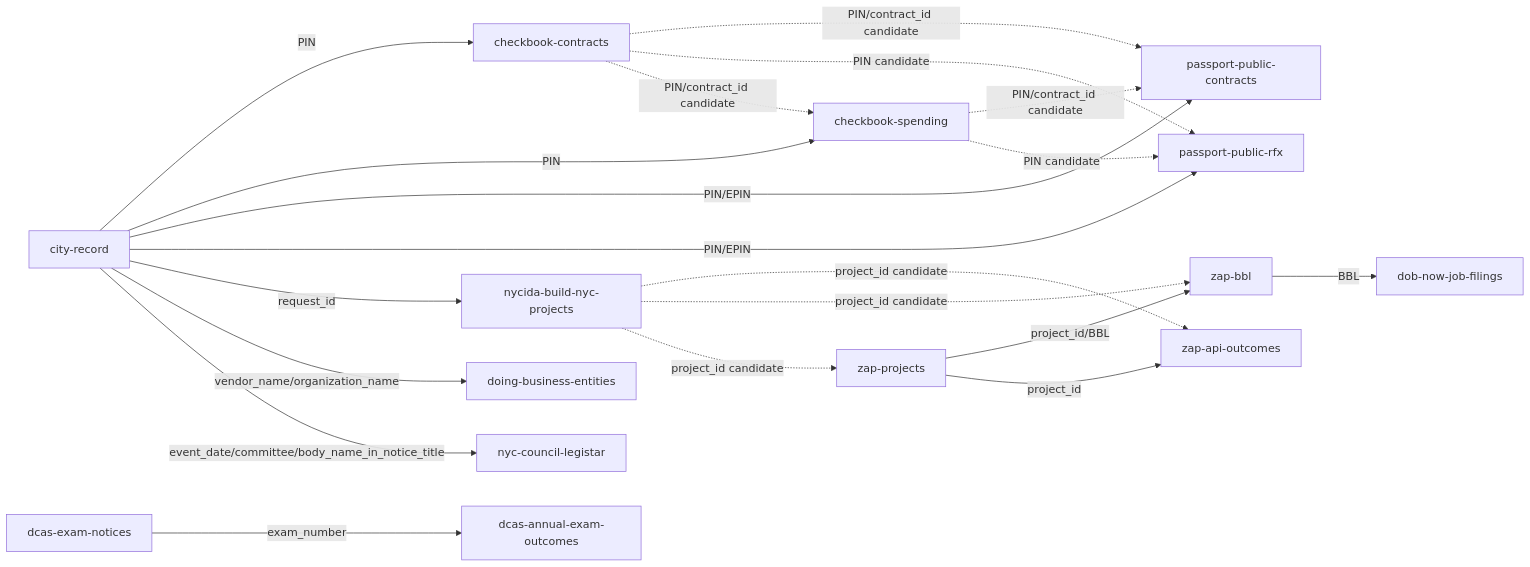
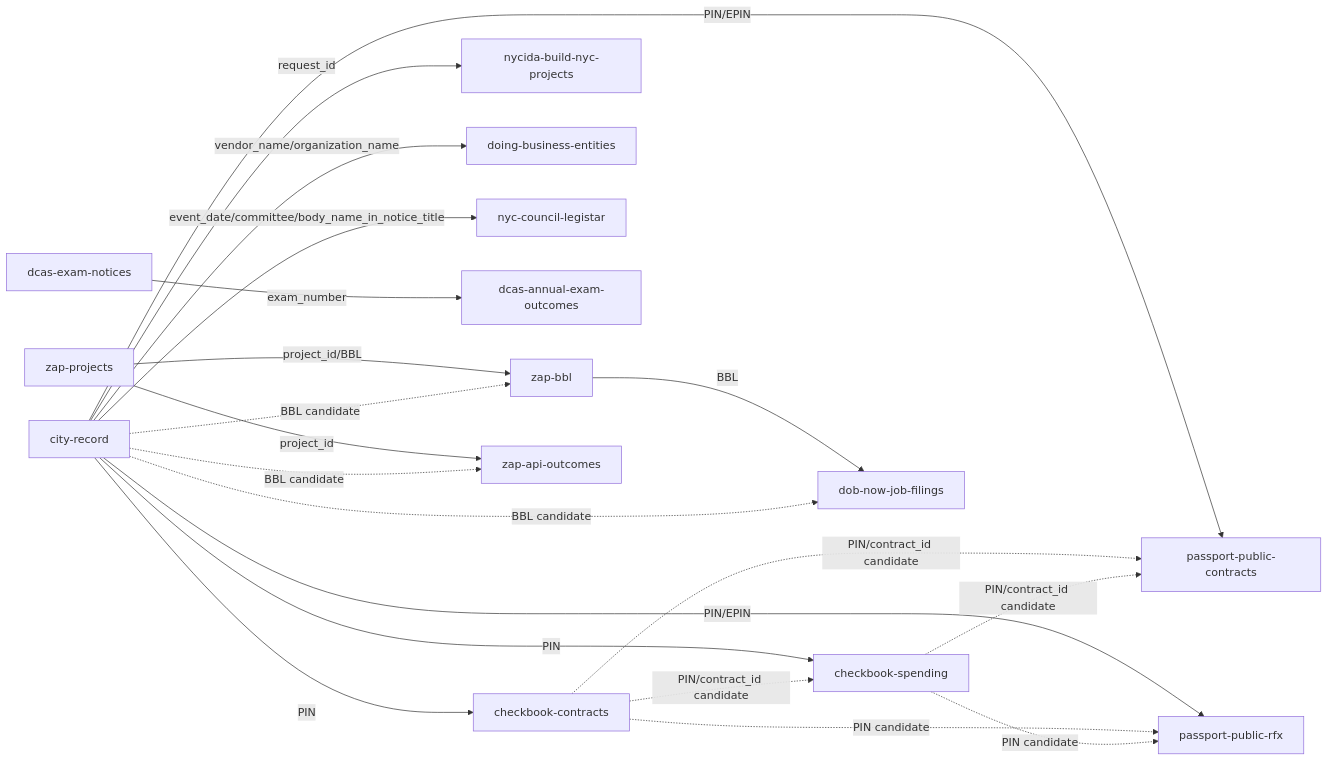
Before and after one commit to cityscroll/cityscroll-app: the diagram in docs/gap-taxonomy.md, drawn with Mermaid. The commit also changed other lines of this file and 6 other files, not shown here.

````diff
--- a/docs/gap-taxonomy.md
+++ b/docs/gap-taxonomy.md
@@ -130,22 +133,22 @@
 ```mermaid
 graph LR
   city_record[city-record] -->|PIN| checkbook_contracts[checkbook-contracts]
   city_record[city-record] -->|PIN| checkbook_spending[checkbook-spending]
   city_record[city-record] -->|PIN/EPIN| passport_public_contracts[passport-public-contracts]
   city_record[city-record] -->|PIN/EPIN| passport_public_rfx[passport-public-rfx]
   city_record[city-record] -->|request_id| nycida_build_nyc_projects[nycida-build-nyc-projects]
   city_record[city-record] -->|vendor_name/organization_name| doing_business_entities[doing-business-entities]
   city_record[city-record] -->|event_date/committee/body_name_in_notice_title| nyc_council_legistar[nyc-council-legistar]
   dcas_exam_notices[dcas-exam-notices] -->|exam_number| dcas_annual_exam_outcomes[dcas-annual-exam-outcomes]
   zap_bbl[zap-bbl] -->|BBL| dob_now_job_filings[dob-now-job-filings]
   zap_projects[zap-projects] -->|project_id/BBL| zap_bbl[zap-bbl]
   zap_projects[zap-projects] -->|project_id| zap_api_outcomes[zap-api-outcomes]
   checkbook_contracts-.->|PIN/contract_id candidate| passport_public_contracts
   checkbook_contracts-.->|PIN candidate| passport_public_rfx
   checkbook_spending-.->|PIN/contract_id candidate| passport_public_contracts
   checkbook_spending-.->|PIN candidate| passport_public_rfx
   checkbook_contracts-.->|PIN/contract_id candidate| checkbook_spending
-  nycida_build_nyc_projects-.->|project_id candidate| zap_api_outcomes
-  nycida_build_nyc_projects-.->|project_id candidate| zap_bbl
-  nycida_build_nyc_projects-.->|project_id candidate| zap_projects
+  city_record-.->|BBL candidate| dob_now_job_filings
+  city_record-.->|BBL candidate| zap_api_outcomes
+  city_record-.->|BBL candidate| zap_bbl
 ```
````
